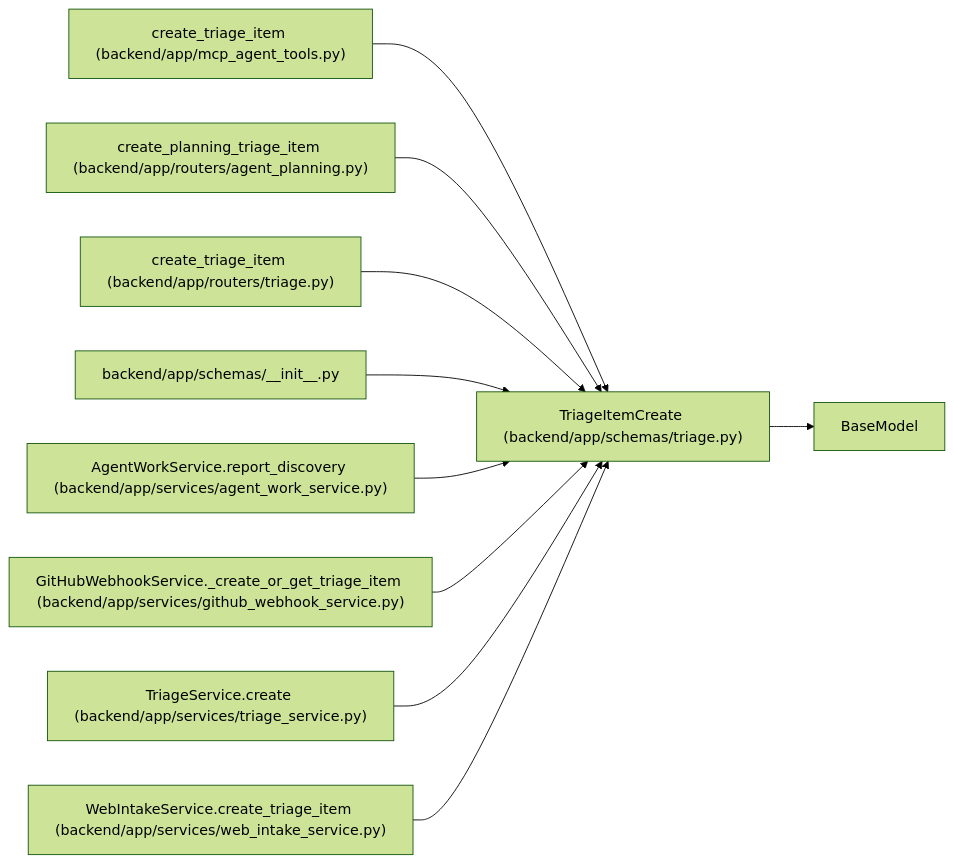
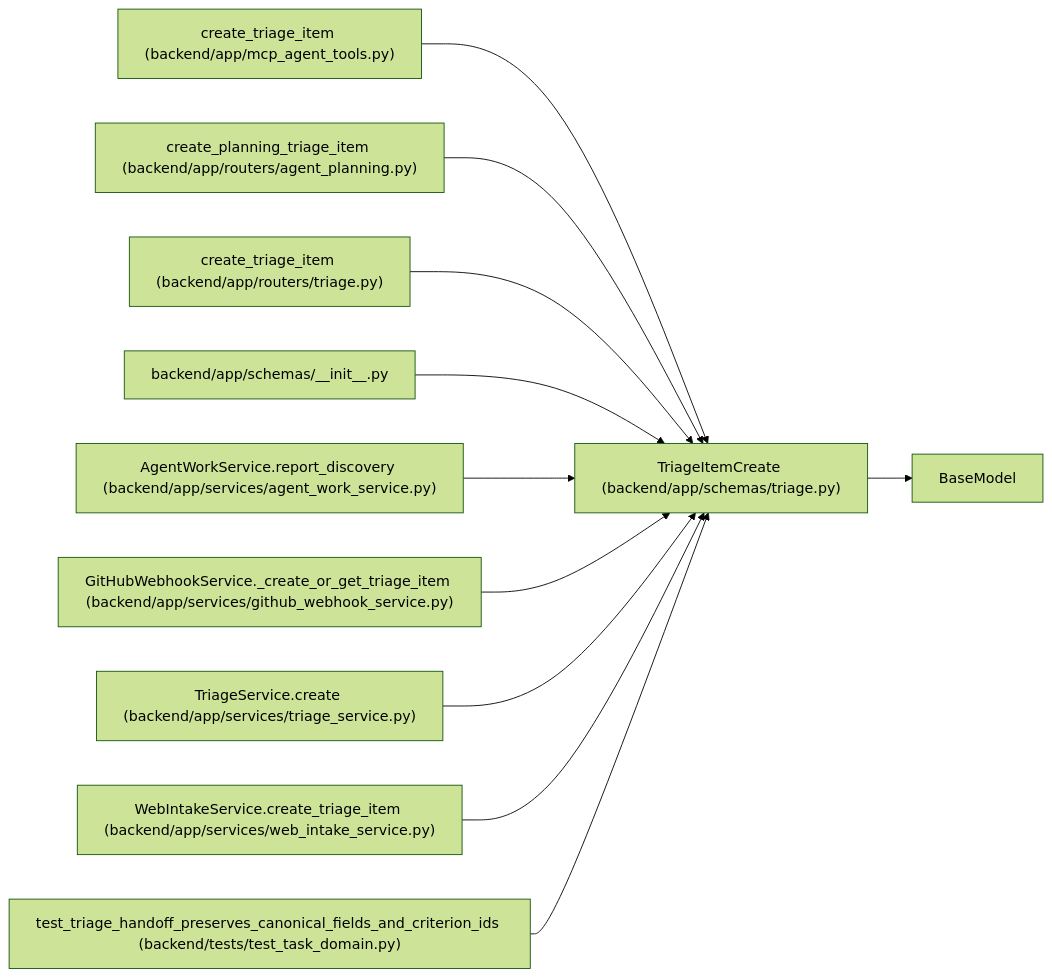
Before and after one commit to Denissvgn/WorkChord: the diagram in docs/llm_wiki/entities/schemas_triage_TriageItemCreate.md, drawn with Mermaid (forest theme). The commit also changed other lines of this file and 1238 other files, not shown here.

First line of the commit message:
docs(wiki): publish compact canonical domain architecture

````diff
--- a/docs/llm_wiki/entities/schemas_triage_TriageItemCreate.md
+++ b/docs/llm_wiki/entities/schemas_triage_TriageItemCreate.md
@@ -54,31 +56,34 @@
 ```mermaid
 flowchart LR
     n0["TriageItemCreate (backend/app/schemas/triage.py)"]
     n1["BaseModel"]
     n2["create_triage_item (backend/app/mcp_agent_tools.py)"]
     n3["create_planning_triage_item (backend/app/routers/agent_planning.py)"]
     n4["create_triage_item (backend/app/routers/triage.py)"]
     n5["backend/app/schemas/__init__.py"]
     n6["AgentWorkService.report_discovery (backend/app/services/agent_work_service.py)"]
     n7["GitHubWebhookService._create_or_get_triage_item (backend/app/services/github_webhook_service.py)"]
     n8["TriageService.create (backend/app/services/triage_service.py)"]
     n9["WebIntakeService.create_triage_item (backend/app/services/web_intake_service.py)"]
+    n10["test_triage_handoff_preserves_canonical_fields_and_criterion_ids (backend/tests/test_task_domain.py)"]
     n0 --> n1
     n2 --> n0
     n3 --> n0
     n4 --> n0
     n5 --> n0
     n6 --> n0
     n7 --> n0
     n8 --> n0
     n9 --> n0
+    n10 --> n0
     click n0 "../modules/schemas_triage.md"
     click n2 "../modules/mcp_agent_tools.md"
     click n3 "../modules/routers_agent_planning.md"
     click n4 "../modules/routers_triage.md"
     click n5 "../modules/schemas___init__.md"
     click n6 "../modules/agent_work_service.md"
     click n7 "../modules/github_webhook_service.md"
     click n8 "../modules/triage_service.md"
     click n9 "../modules/web_intake_service.md"
+    click n10 "../modules/test_task_domain.md"
 ```
````
